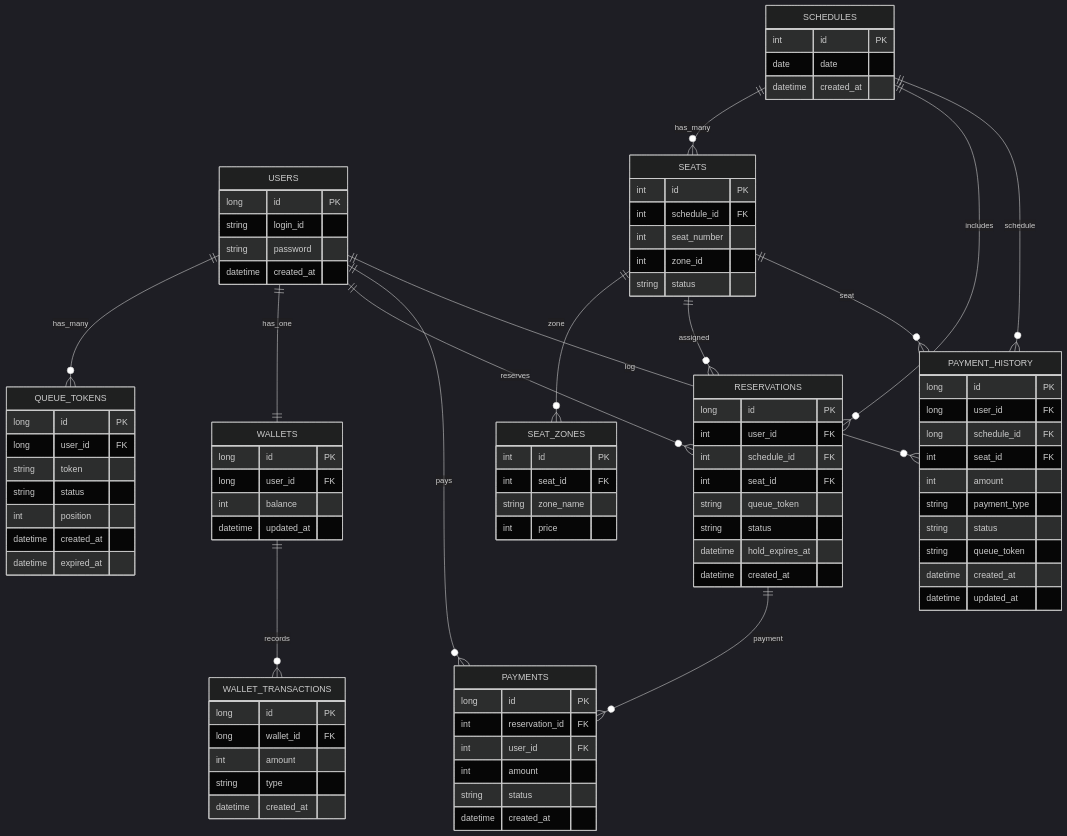
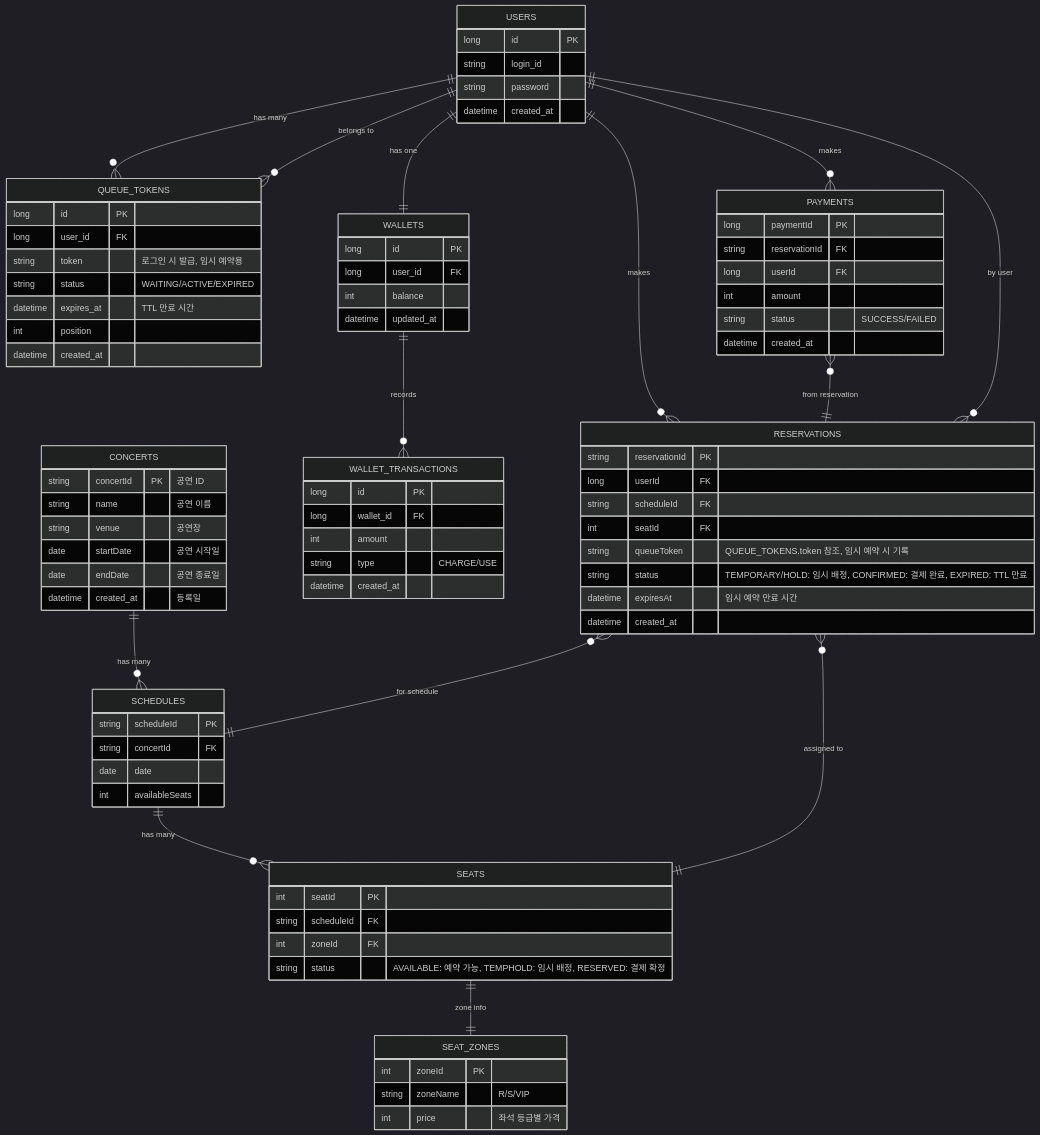
Before and after one commit to w00lam/server-java: the diagram in docs/erd.md, drawn with Mermaid (dark theme). The commit also changed other lines of this file, not shown here.

Commit message:
docs: Enhance ERD documentation for concert reservation
Add detailed ERD and table descriptions for concert reservation service.

````diff
--- a/docs/erd.md
+++ b/docs/erd.md
@@ -1,5 +47,14 @@
 ```mermaid
 erDiagram
+    CONCERTS {
+        string concertId PK "공연 ID"
+        string name "공연 이름"
+        string venue "공연장"
+        date startDate "공연 시작일"
+        date endDate "공연 종료일"
+        datetime created_at "등록일"
+    }
+
     USERS {
         long id PK
         string login_id
@@ -10,14 +65,12 @@
     QUEUE_TOKENS {
         long id PK
         long user_id FK
-        string token
-        string status
+        string token "로그인 시 발급, 임시 예약용"
+        string status "WAITING/ACTIVE/EXPIRED"
+        datetime expires_at "TTL 만료 시간"
         int position
         datetime created_at
-        datetime expired_at
     }
-
-    USERS ||--o{ QUEUE_TOKENS : has_many
 
     WALLETS {
         long id PK
@@ -26,84 +79,66 @@
         datetime updated_at
     }
 
-    USERS ||--|| WALLETS : has_one
-
     WALLET_TRANSACTIONS {
         long id PK
         long wallet_id FK
         int amount
-        string type
+        string type "CHARGE/USE"
         datetime created_at
     }
 
-    WALLETS ||--o{ WALLET_TRANSACTIONS : records
+    SCHEDULES {
+        string scheduleId PK
+        string concertId FK
+        date date
+        int availableSeats
+    }
 
-    SCHEDULES {
-        int id PK
-        date date
+    SEAT_ZONES {
+        int zoneId PK
+        string zoneName "R/S/VIP"
+        int price "좌석 등급별 가격"
+    }
+
+    SEATS {
+        int seatId PK
+        string scheduleId FK
+        int zoneId FK
+        string status "AVAILABLE: 예약 가능, TEMPHOLD: 임시 배정, RESERVED: 결제 확정"
+    }
+
+    RESERVATIONS {
+        string reservationId PK
+        long userId FK
+        string scheduleId FK
+        int seatId FK
+        string queueToken "QUEUE_TOKENS.token 참조, 임시 예약 시 기록"
+        string status "TEMPORARY/HOLD: 임시 배정, CONFIRMED: 결제 완료, EXPIRED: TTL 만료"
+        datetime expiresAt "임시 예약 만료 시간"
         datetime created_at
     }
 
-    SEATS {
-        int id PK
-        int schedule_id FK
-        int seat_number
-        int zone_id
-        string status
-    }
-
-    SCHEDULES ||--o{ SEATS : has_many
-
-    SEAT_ZONES {
-        int id PK
-        int seat_id FK
-        string zone_name
-        int price
-    }
-
-    SEATS ||--o{ SEAT_ZONES : zone
-
-    RESERVATIONS {
-        long id PK
-        int user_id FK
-        int schedule_id FK
-        int seat_id FK
-        string queue_token
-        string status
-        datetime hold_expires_at
+    PAYMENTS {
+        long paymentId PK
+        string reservationId FK
+        long userId FK
+        int amount
+        string status "SUCCESS/FAILED"
         datetime created_at
     }
 
-    USERS ||--o{ RESERVATIONS : reserves
-    SCHEDULES ||--o{ RESERVATIONS : includes
-    SEATS ||--o{ RESERVATIONS : assigned
-
-    PAYMENTS {
-        long id PK
-        int reservation_id FK
-        int user_id FK
-        int amount
-        string status
-        datetime created_at
-    }
-
-    RESERVATIONS ||--o{ PAYMENTS : payment
-    USERS ||--o{ PAYMENTS : pays
-
-    PAYMENT_HISTORY {
-        long id PK
-        long user_id FK
-        long schedule_id FK
-        int seat_id FK
-        int amount
-        string payment_type
-        string status
-        string queue_token
-        datetime created_at
-        datetime updated_at
-    }
-
-    USERS ||--o{ PAYMENT_HISTORY : log
-    SCHEDULES ||--o{ PAYMENT_HISTORY : schedule
-    SEATS ||--o{ PAYMENT_HISTORY : seat
+    %% Relationships
+    CONCERTS ||--o{ SCHEDULES : "has many"
+    SCHEDULES ||--o{ SEATS : "has many"
+    SEATS ||--|| SEAT_ZONES : "zone info"
+    USERS ||--o{ QUEUE_TOKENS : "has many"
+    USERS ||--|| WALLETS : "has one"
+    WALLETS ||--o{ WALLET_TRANSACTIONS : "records"
+    USERS ||--o{ RESERVATIONS : "makes"
+    RESERVATIONS }o--|| SEATS : "assigned to"
+    RESERVATIONS }o--|| SCHEDULES : "for schedule"
+    RESERVATIONS }o--|| USERS : "by user"
+    PAYMENTS }o--|| RESERVATIONS : "from reservation"
+    USERS ||--o{ PAYMENTS : "makes"
+    QUEUE_TOKENS }o--|| USERS : "belongs to"
 ```
````
